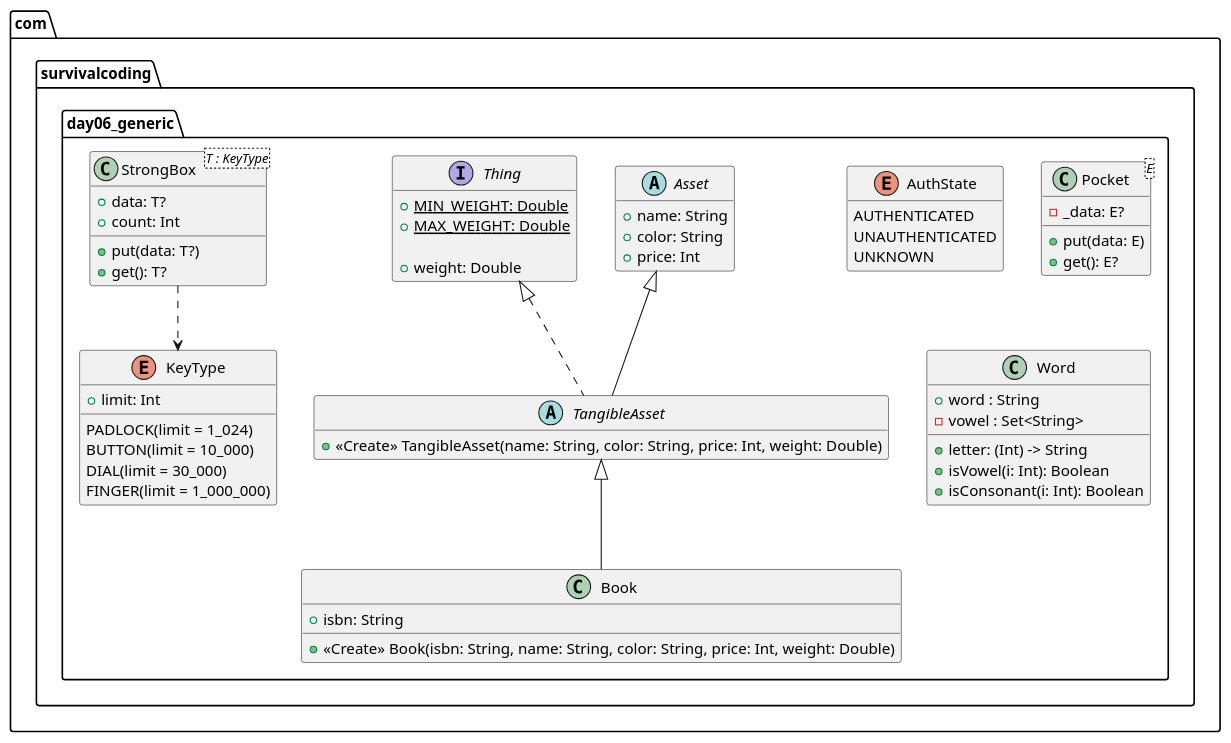
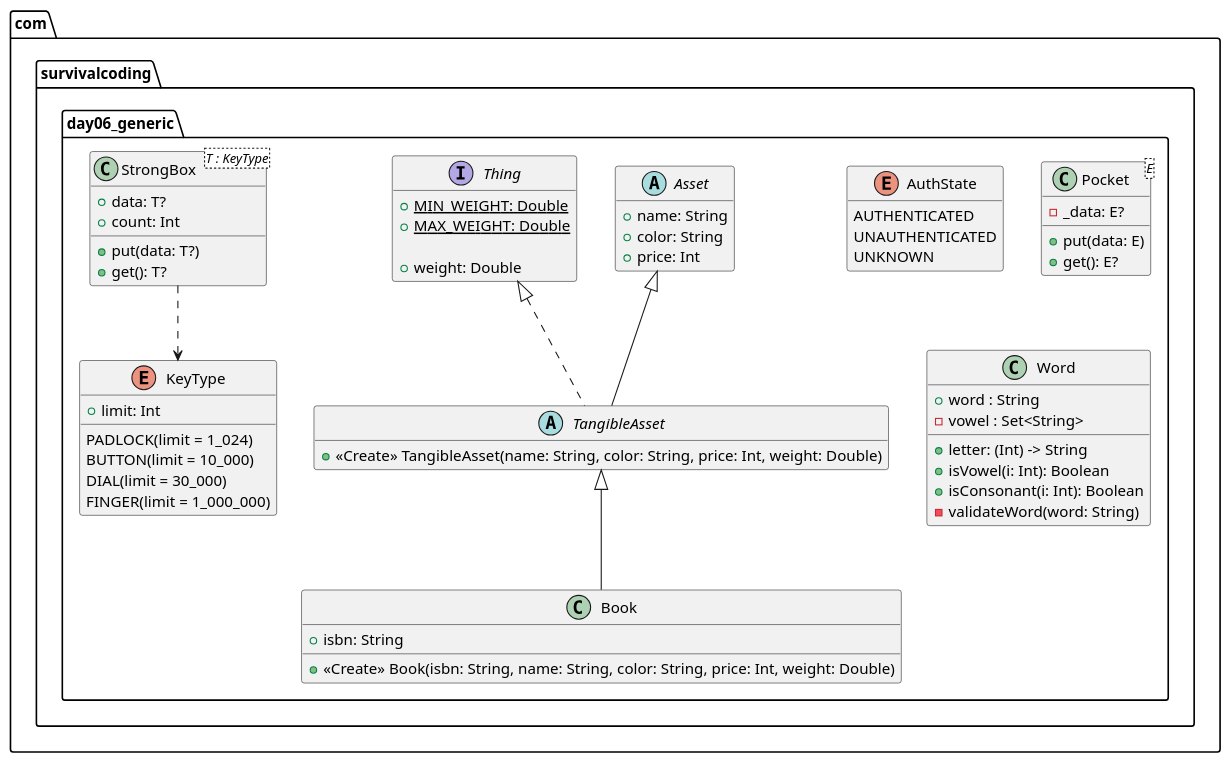
Before and after one commit to SurvivalCodingCampus/gangnam3-java-oop: the diagram in docs/day06_generic.puml, drawn with PlantUML. The commit also changed 1 other file, not shown here.

Commit message:
docs: Day 06 클래스 다이어그램에 Word validateWord 메서드 및 빈 문자열 예외 테스트 코드 추가

```diff
--- a/docs/day06_generic.puml
+++ b/docs/day06_generic.puml
@@ -1,76 +1,77 @@
 @startuml day06_generic
 scale 1
 hide empty members
 
 package "com.survivalcoding.day06_generic" {
 
     abstract class Asset {
         + name: String
         + color: String
         + price: Int
     }
 
     abstract class TangibleAsset {
         + <<Create>> TangibleAsset(name: String, color: String, price: Int, weight: Double)
     }
 
     interface Thing {
         {static} + MIN_WEIGHT: Double
         {static} + MAX_WEIGHT: Double
 
         + weight: Double
     }
 
     enum AuthState {
         AUTHENTICATED
         UNAUTHENTICATED
         UNKNOWN
     }
 
     enum KeyType {
         PADLOCK(limit = 1_024)
         BUTTON(limit = 10_000)
         DIAL(limit = 30_000)
         FINGER(limit = 1_000_000)
 
         + limit: Int
     }
 
     class Book {
         + isbn: String
 
         + <<Create>> Book(isbn: String, name: String, color: String, price: Int, weight: Double)
     }
 
     class Pocket<E> {
         - _data: E?
 
         + put(data: E)
         + get(): E?
     }
 
     class StrongBox<T : KeyType> {
         + data: T?
         + count: Int
 
         + put(data: T?)
         + get(): T?
     }
 
     class Word {
         + word : String
         + letter: (Int) -> String
         - vowel : Set<String>
 
         + isVowel(i: Int): Boolean
         + isConsonant(i: Int): Boolean
+        - validateWord(word: String)
     }
 
     Asset <|-- TangibleAsset
     Thing <|.. TangibleAsset
     TangibleAsset <|-- Book
 
     StrongBox ..> KeyType
 }
 
 @enduml
```
